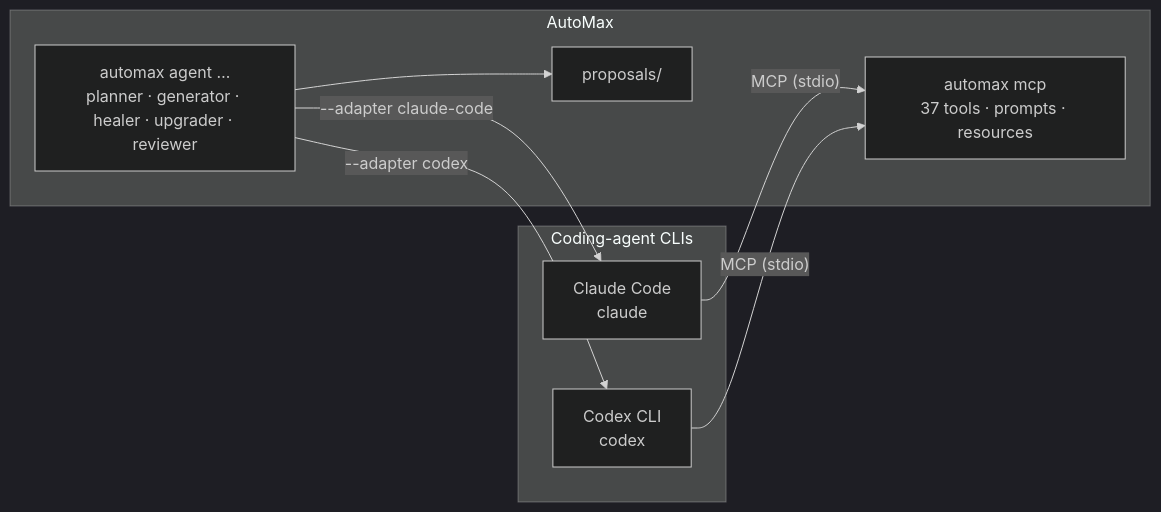
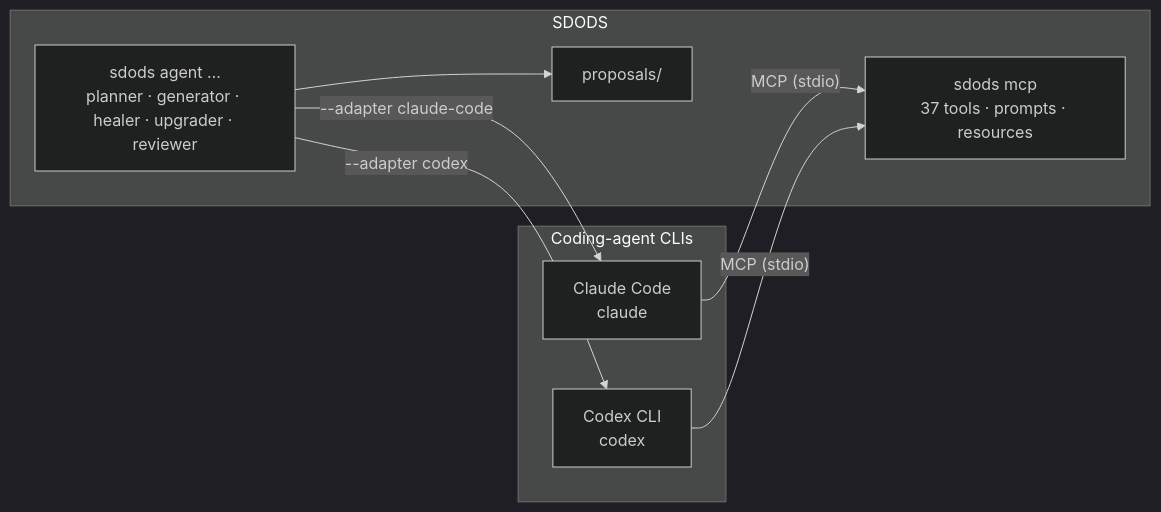
Before and after one commit to YarlisAISolutions/SDODS: the diagram in apps/docs/content/docs/guides/claude-code-and-codex.mdx, drawn with Mermaid (dark theme). The commit also changed other lines of this file and 466 other files, not shown here.

````diff
--- a/apps/docs/content/docs/guides/claude-code-and-codex.mdx
+++ b/apps/docs/content/docs/guides/claude-code-and-codex.mdx
@@ -13,17 +13,17 @@
 ```mermaid
 flowchart LR
   subgraph clients["Coding-agent CLIs"]
     CC["Claude Code<br/>claude"]
     CX["Codex CLI<br/>codex"]
   end
-  subgraph automax["AutoMax"]
-    MCP["automax mcp<br/>37 tools · prompts · resources"]
-    AG["automax agent …<br/>planner · generator · healer · upgrader · reviewer"]
+  subgraph sdods["SDODS"]
+    MCP["sdods mcp<br/>37 tools · prompts · resources"]
+    AG["sdods agent …<br/>planner · generator · healer · upgrader · reviewer"]
     PR["proposals/"]
   end
   CC -- "MCP (stdio)" --> MCP
   CX -- "MCP (stdio)" --> MCP
   AG -- "--adapter claude-code" --> CC
   AG -- "--adapter codex" --> CX
   AG --> PR
 ```
````
